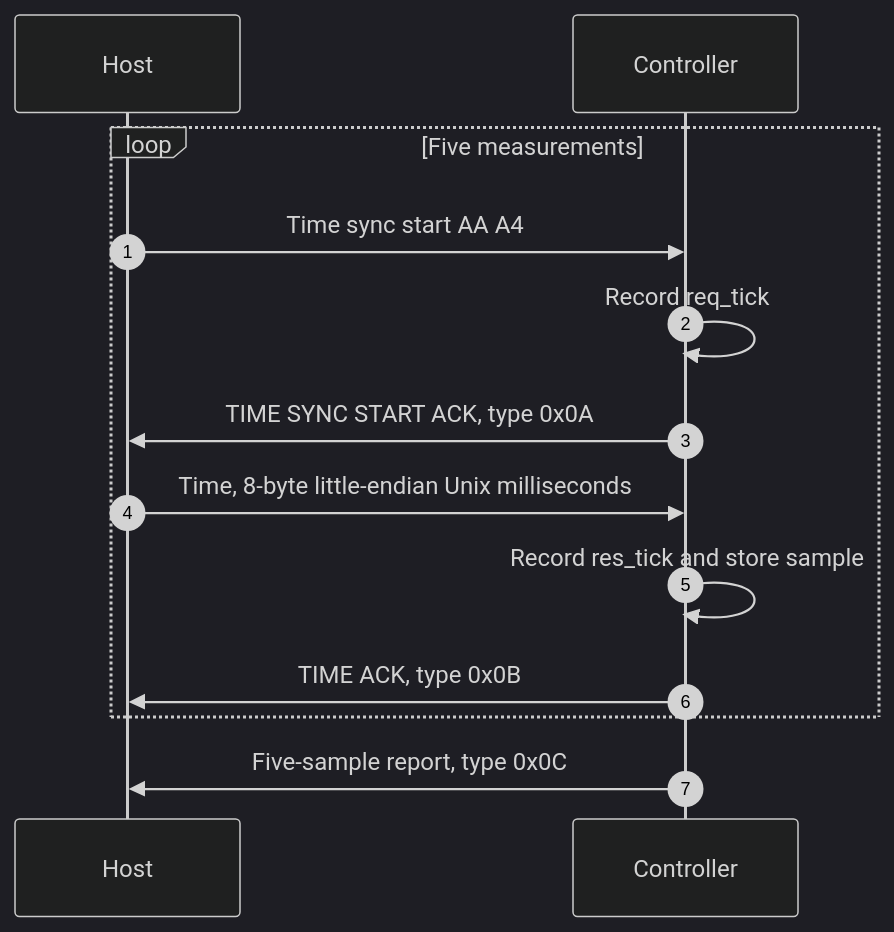
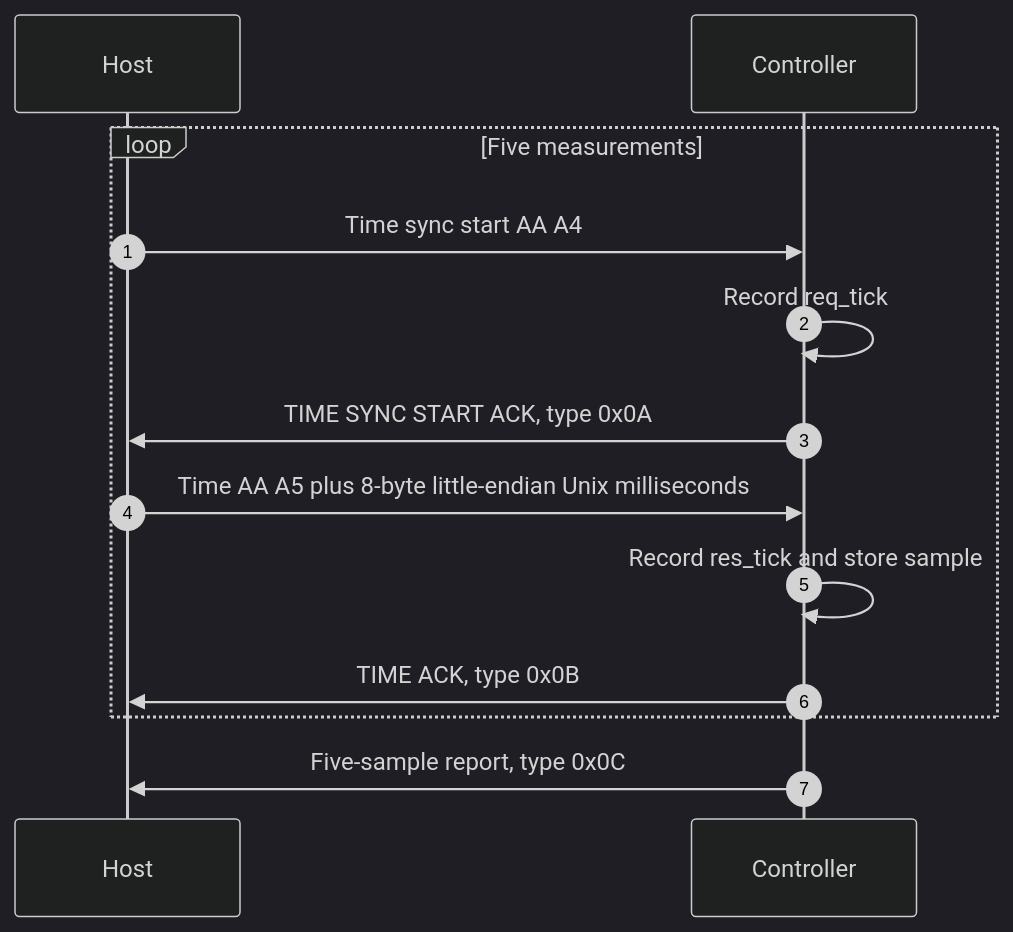
One commit to kei185/sensor-echo changed the second of 4 diagrams in docs/frame.md. Above: the diagram before and after it, drawn with Mermaid (dark theme). The commit also changed other lines of this file and 11 other files, not shown here.

````diff
--- a/docs/frame.md
+++ b/docs/frame.md
@@ -62,16 +62,16 @@
 ```mermaid
 sequenceDiagram
     autonumber
     participant Host
     participant Controller
 
     loop Five measurements
         Host->>Controller: Time sync start AA A4
         Controller->>Controller: Record req_tick
         Controller->>Host: TIME SYNC START ACK, type 0x0A
-        Host->>Controller: Time, 8-byte little-endian Unix milliseconds
+        Host->>Controller: Time AA A5 plus 8-byte little-endian Unix milliseconds
         Controller->>Controller: Record res_tick and store sample
         Controller->>Host: TIME ACK, type 0x0B
     end
     Controller->>Host: Five-sample report, type 0x0C
 ```
````
